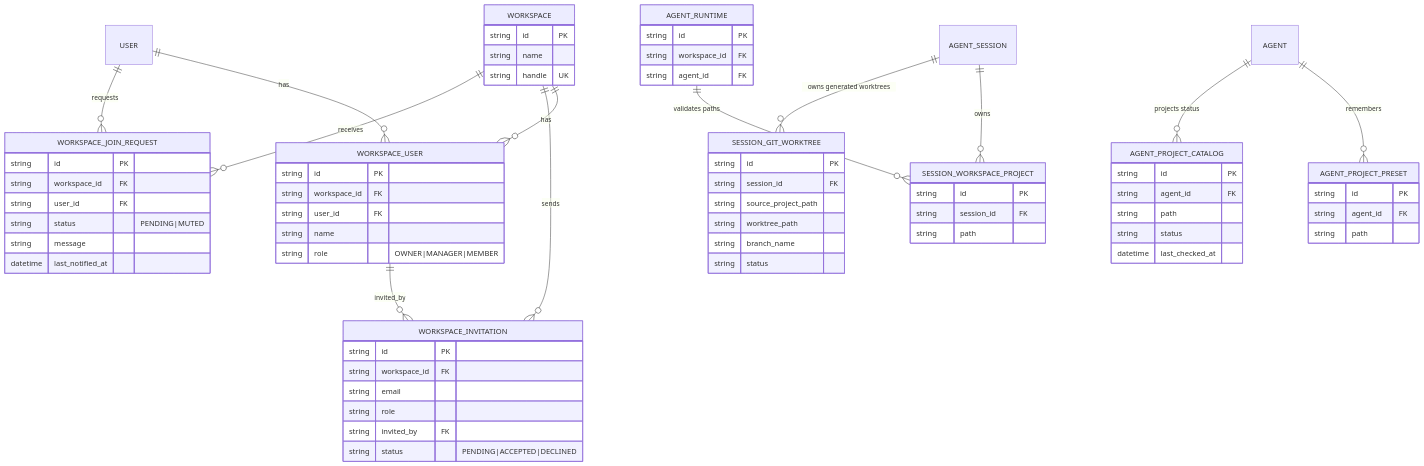
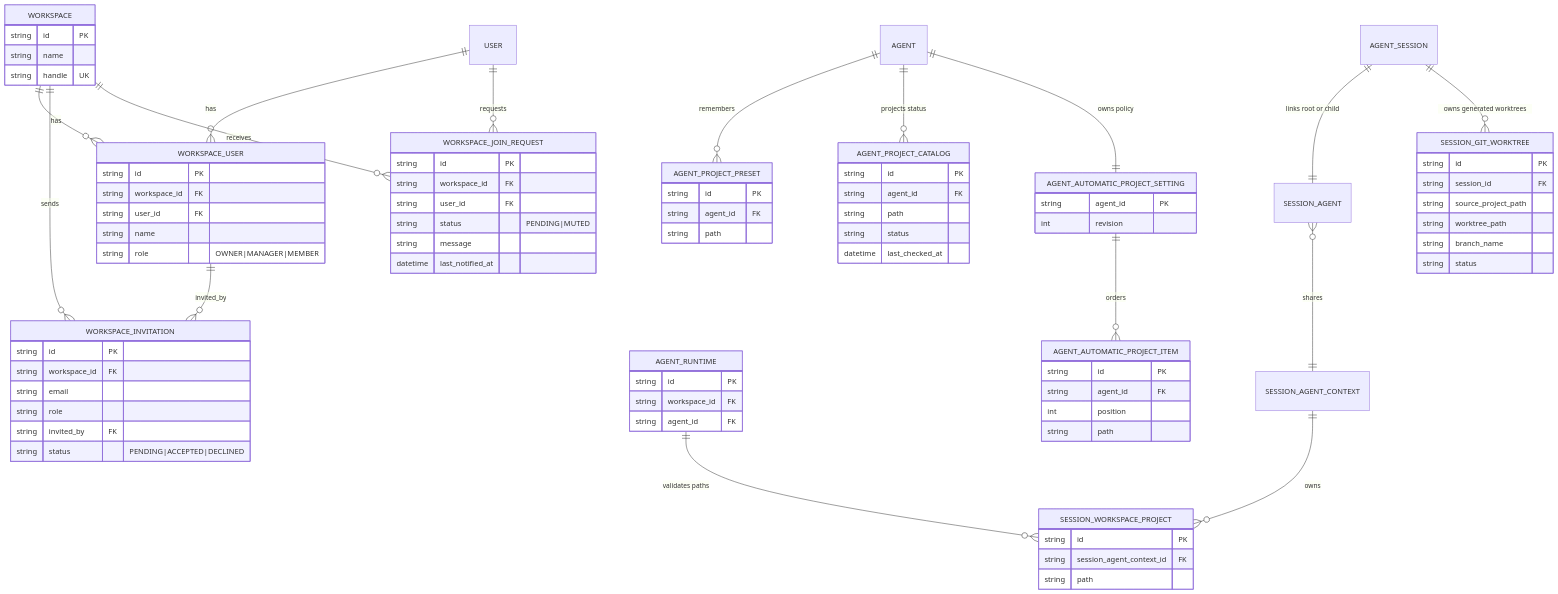
The first of 3 diagrams in docs/azents/spec/domain/workspace.md (azents/azents), drawn with Mermaid before and after one commit. The commit also changed other lines of this file and 10 other files, not shown here.

Commit message:
docs(spec): promote automatic session projects

```diff
--- a/docs/azents/spec/domain/workspace.md
+++ b/docs/azents/spec/domain/workspace.md
@@ -118,8 +131,12 @@
     AGENT_RUNTIME ||--o{ SESSION_WORKSPACE_PROJECT : "validates paths"
     AGENT ||--o{ AGENT_PROJECT_PRESET : "remembers"
     AGENT ||--o{ AGENT_PROJECT_CATALOG : "projects status"
-    AGENT_SESSION ||--o{ SESSION_WORKSPACE_PROJECT : "owns"
+    AGENT_SESSION ||--|| SESSION_AGENT : "links root or child"
+    SESSION_AGENT }o--|| SESSION_AGENT_CONTEXT : "shares"
+    SESSION_AGENT_CONTEXT ||--o{ SESSION_WORKSPACE_PROJECT : "owns"
     AGENT_SESSION ||--o{ SESSION_GIT_WORKTREE : "owns generated worktrees"
+    AGENT ||--|| AGENT_AUTOMATIC_PROJECT_SETTING : "owns policy"
+    AGENT_AUTOMATIC_PROJECT_SETTING ||--o{ AGENT_AUTOMATIC_PROJECT_ITEM : "orders"
     AGENT_PROJECT_PRESET {
         string id PK
         string agent_id FK
@@ -134,7 +151,17 @@
     }
     SESSION_WORKSPACE_PROJECT {
         string id PK
-        string session_id FK
+        string session_agent_context_id FK
+        string path
+    }
+    AGENT_AUTOMATIC_PROJECT_SETTING {
+        string agent_id PK
+        int revision
+    }
+    AGENT_AUTOMATIC_PROJECT_ITEM {
+        string id PK
+        string agent_id FK
+        int position
         string path
     }
     SESSION_GIT_WORKTREE {
```
